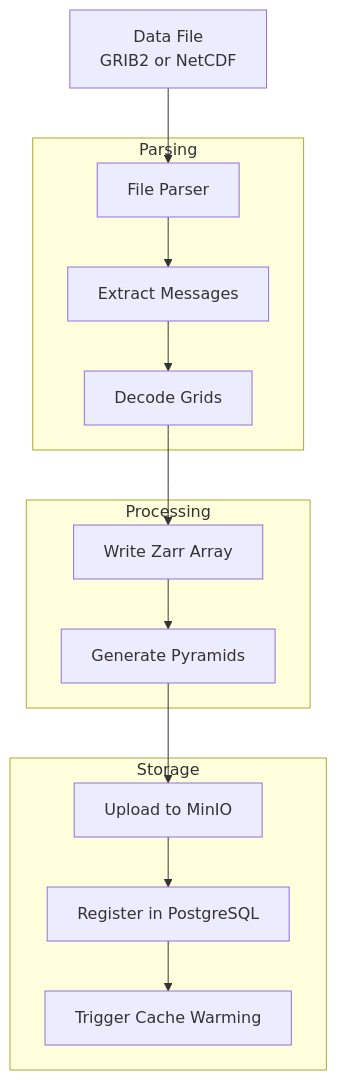
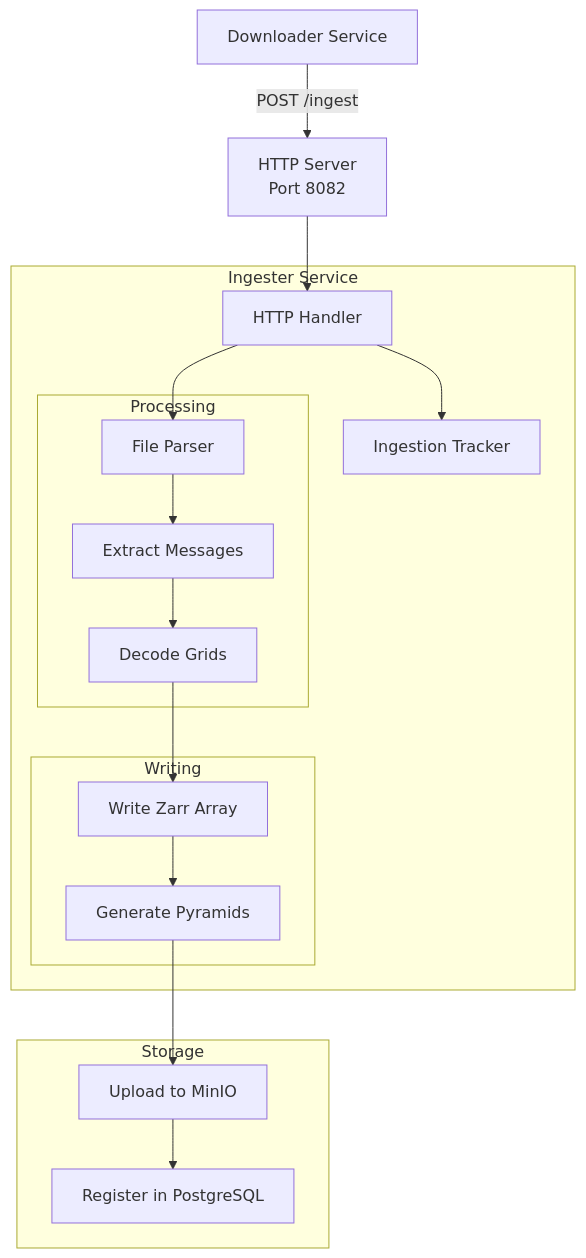
The diagram in docs/src/services/ingester.md (JoegottabeGitenme/JoeGCServices), drawn with Mermaid before and after one commit. The commit also changed other lines of this file and 28 other files, not shown here.

````diff
--- a/docs/src/services/ingester.md
+++ b/docs/src/services/ingester.md
@@ -51,31 +23,38 @@
 ```mermaid
 graph TB
-    Input["Data File
-    GRIB2 or NetCDF"]
+    Downloader["Downloader Service"]
+    HTTP["HTTP Server
+    Port 8082"]
     
-    subgraph Parsing
-        Parse["File Parser"]
-        Extract["Extract Messages"]
-        Decode["Decode Grids"]
-    end
-    
-    subgraph Processing
-        Zarr["Write Zarr Array"]
-        Pyramid["Generate Pyramids"]
+    subgraph Ingester["Ingester Service"]
+        Server["HTTP Handler"]
+        Tracker["Ingestion Tracker"]
+        
+        subgraph Processing
+            Parse["File Parser"]
+            Extract["Extract Messages"]
+            Decode["Decode Grids"]
+        end
+        
+        subgraph Writing
+            Zarr["Write Zarr Array"]
+            Pyramid["Generate Pyramids"]
+        end
     end
     
     subgraph StorageLayer["Storage"]
         Upload["Upload to MinIO"]
         Catalog["Register in PostgreSQL"]
-        Warm["Trigger Cache Warming"]
     end
     
-    Input --> Parse
+    Downloader -->|POST /ingest| HTTP
+    HTTP --> Server
+    Server --> Tracker
+    Server --> Parse
     Parse --> Extract
     Extract --> Decode
     Decode --> Zarr
     Zarr --> Pyramid
     Pyramid --> Upload
     Upload --> Catalog
-    Catalog --> Warm
 ```
````
